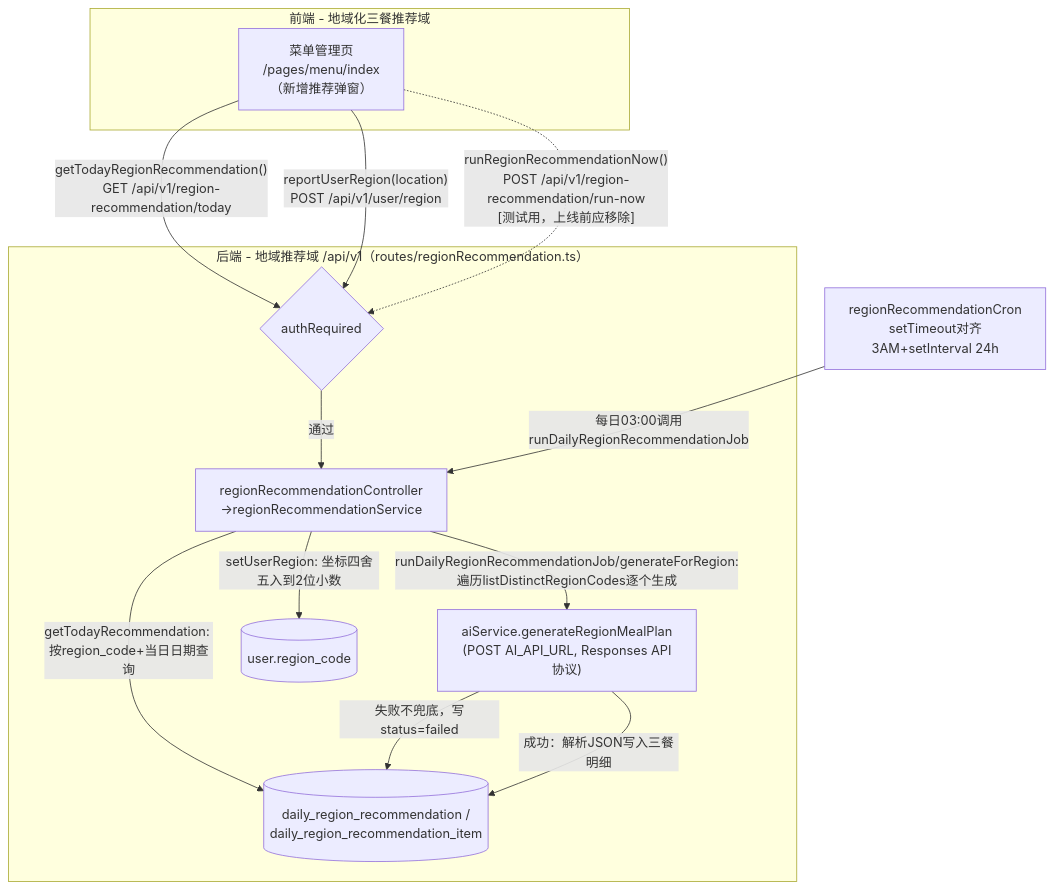
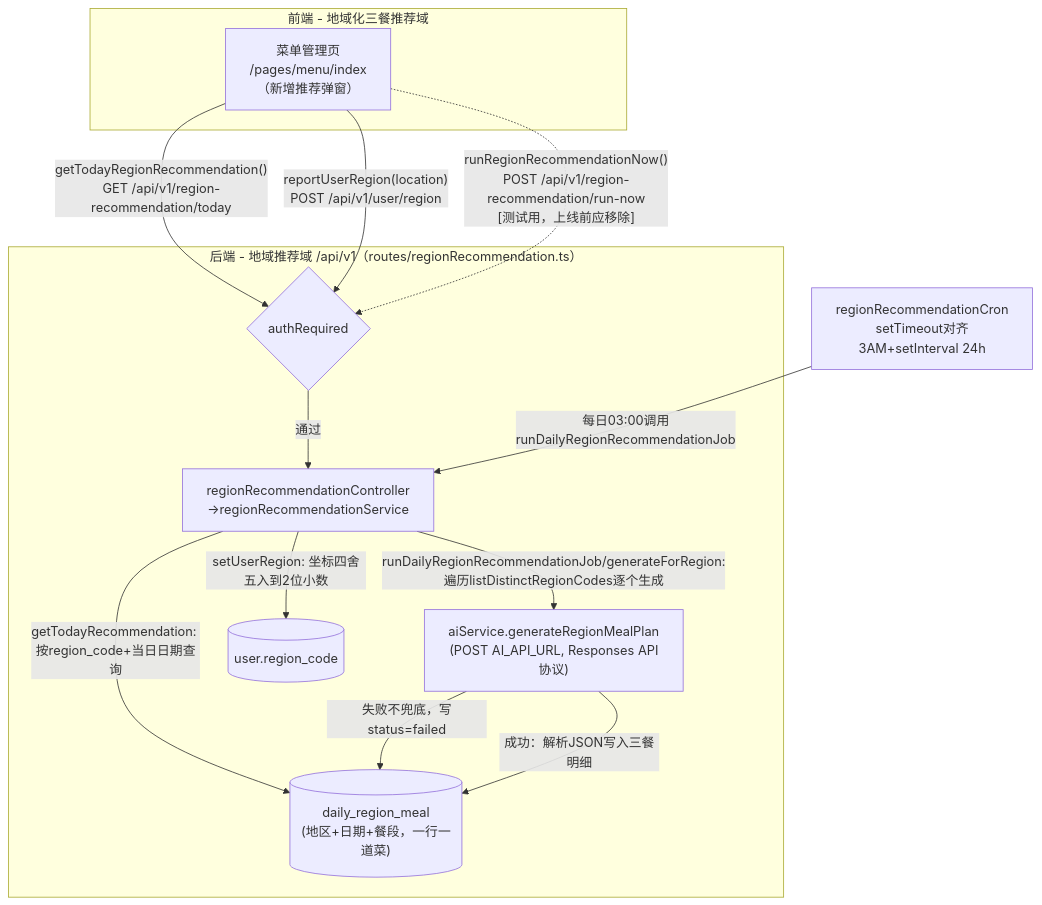
Before and after one commit to Sandanman/jiawei: the sixth of 6 diagrams in docs/project-cloud-map.md, drawn with Mermaid. The commit also changed other lines of this file and 20 other files, not shown here.

Commit message:
feat: 地域化推荐支持行政区划编码定位，三餐推荐表合并为 daily_region_meal

````diff
--- a/docs/project-cloud-map.md
+++ b/docs/project-cloud-map.md
@@ -220,29 +220,29 @@
 ```mermaid
 flowchart TD
     subgraph FE_REGION["前端 - 地域化三餐推荐域"]
         P9B["菜单管理页\n/pages/menu/index\n（新增推荐弹窗）"]
     end
 
     subgraph BE_REGION["后端 - 地域推荐域 /api/v1（routes/regionRecommendation.ts）"]
         GATE_REGION{"authRequired"}
         BIZ_REGION["regionRecommendationController\n→regionRecommendationService"]
         AI_SVC["aiService.generateRegionMealPlan\n(POST AI_API_URL, Responses API协议)"]
         DB_USER_REGION[("user.region_code")]
-        DB_REGION[("daily_region_recommendation /\ndaily_region_recommendation_item")]
+        DB_REGION[("daily_region_meal\n(地区+日期+餐段，一行一道菜)")]
     end
 
     CRON["regionRecommendationCron\nsetTimeout对齐3AM+setInterval 24h"]
 
     P9B -->|"getTodayRegionRecommendation()\nGET /api/v1/region-recommendation/today"| GATE_REGION
     P9B -->|"reportUserRegion(location)\nPOST /api/v1/user/region"| GATE_REGION
     P9B -.->|"runRegionRecommendationNow()\nPOST /api/v1/region-recommendation/run-now\n[测试用，上线前应移除]"| GATE_REGION
     GATE_REGION -->|"通过"| BIZ_REGION
 
     BIZ_REGION -->|"setUserRegion: 坐标四舍五入到2位小数"| DB_USER_REGION
     BIZ_REGION -->|"getTodayRecommendation: 按region_code+当日日期查询"| DB_REGION
     BIZ_REGION -->|"runDailyRegionRecommendationJob/generateForRegion:\n遍历listDistinctRegionCodes逐个生成"| AI_SVC
     AI_SVC -->|"失败不兜底，写status=failed"| DB_REGION
     AI_SVC -->|"成功：解析JSON写入三餐明细"| DB_REGION
 
     CRON -->|"每日03:00调用\nrunDailyRegionRecommendationJob"| BIZ_REGION
 ```
````
